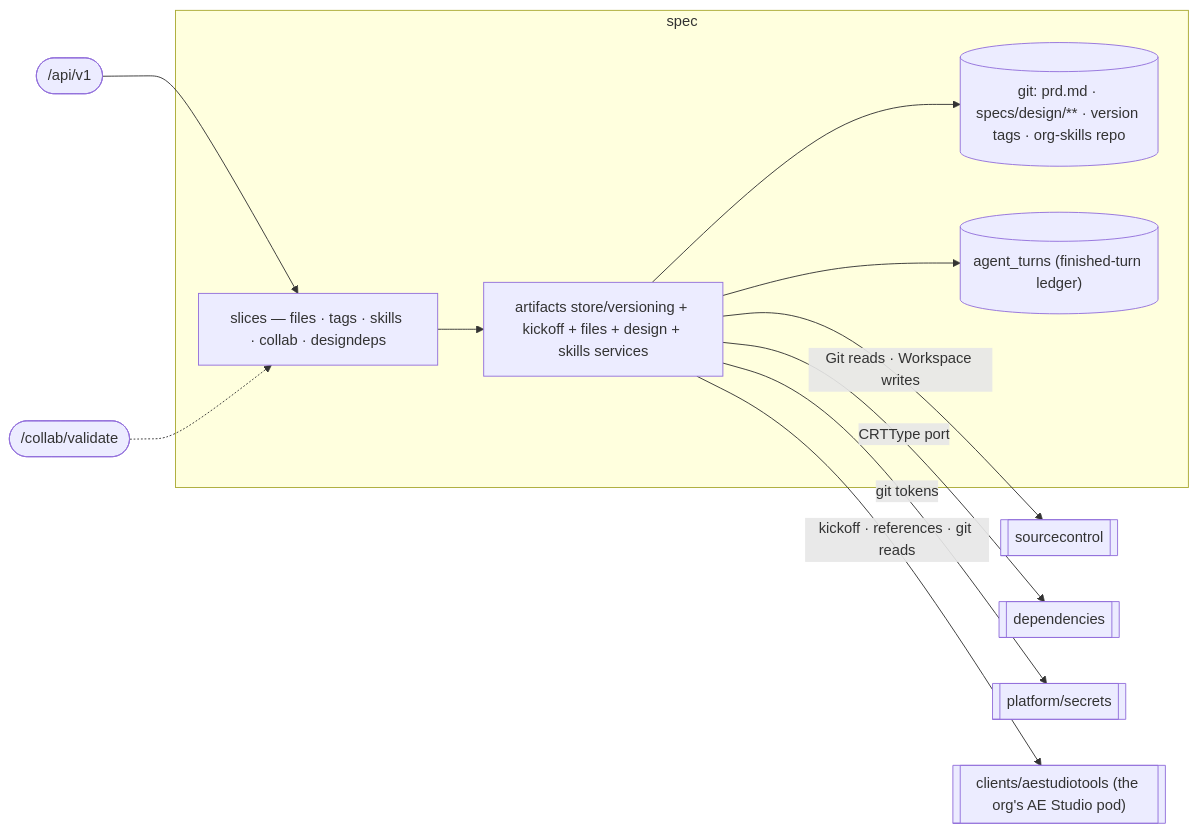
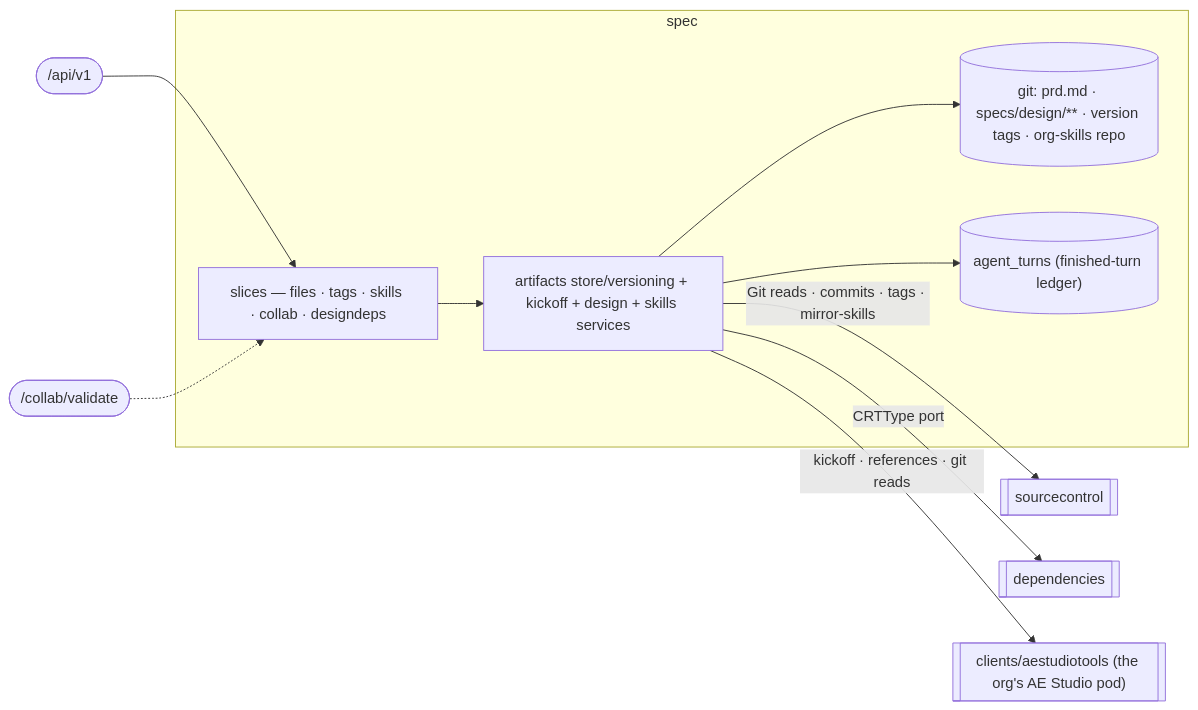
One commit to wso2/labs-agentic-engineer changed the diagram in services/aep-api/internal/spec/README.md. Above: the diagram before and after it, drawn with Mermaid. The commit also changed other lines of this file and 131 other files, not shown here.

````diff
--- a/services/aep-api/internal/spec/README.md
+++ b/services/aep-api/internal/spec/README.md
@@ -9,16 +9,15 @@
 ```mermaid
 flowchart LR
   API(["/api/v1"]) --> SL
   CB(["/collab/validate"]) -.-> SL
   subgraph spec
     SL["slices — files · tags · skills · collab · designdeps"]
-    CORE["artifacts store/versioning + kickoff + files + design + skills services"]
+    CORE["artifacts store/versioning + kickoff + design + skills services"]
     SL --> CORE
     CORE --> GIT[("git: prd.md · specs/design/** · version tags · org-skills repo")]
     CORE --> TURNS[("agent_turns (finished-turn ledger)")]
   end
-  CORE -->|Git reads · Workspace writes| SC[[sourcecontrol]]
+  CORE -->|Git reads · commits · tags · mirror-skills| SC[[sourcecontrol]]
   CORE -->|CRTType port| DEP[[dependencies]]
-  CORE -->|git tokens| SEC[[platform/secrets]]
   CORE -->|kickoff · references · git reads| POD[["clients/aestudiotools (the org's AE Studio pod)"]]
 ```
````
